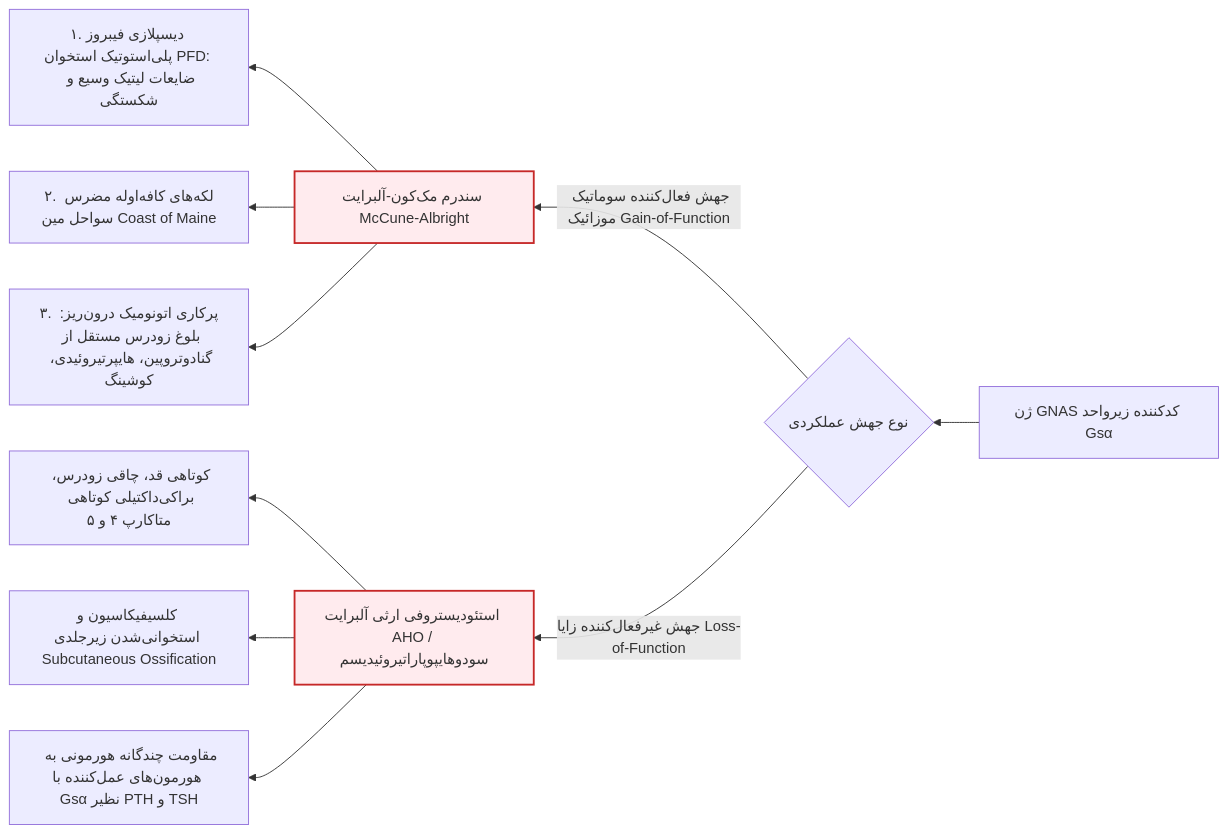
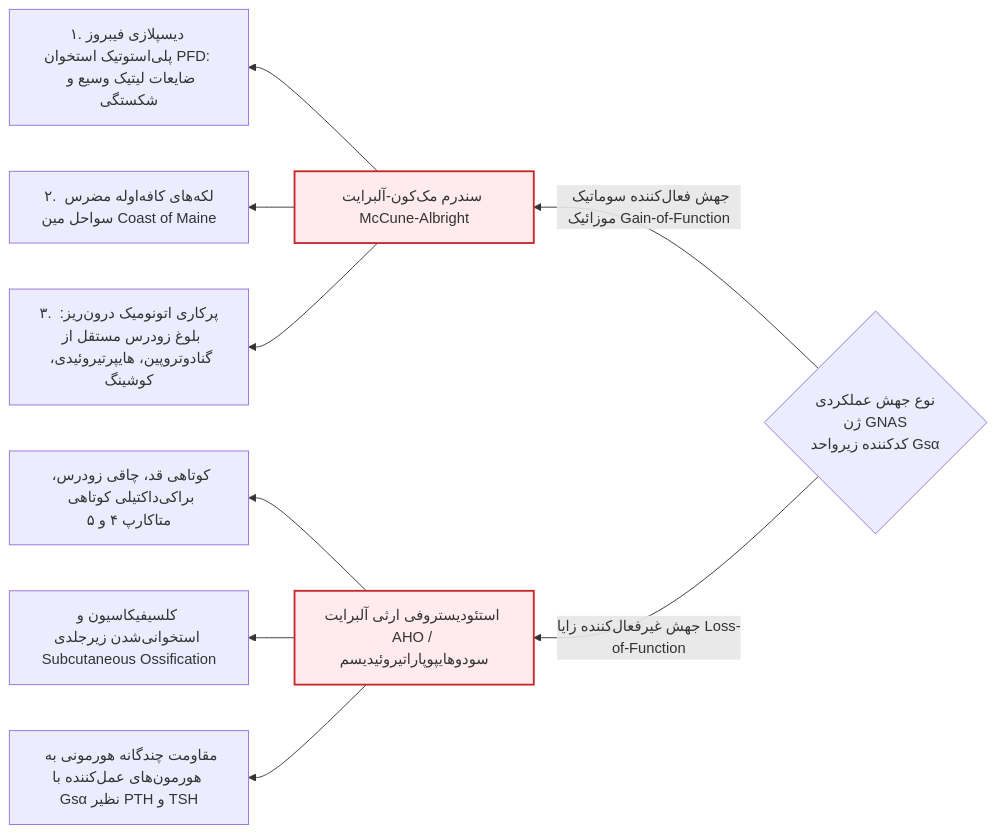
One commit to neopulse-hub/TUMS-1402-1-neo changed the fifth of 8 diagrams in 07/مبانی غدد/کلیات.md. Above: the diagram before and after it, drawn with Mermaid. The commit also changed other lines of this file, not shown here.

````diff
--- a/07/مبانی غدد/کلیات.md
+++ b/07/مبانی غدد/کلیات.md
@@ -186,17 +186,17 @@
 ```mermaid
 flowchart RL
     classDef mut fill:#ffebee,stroke:#c62828,stroke-width:2px;
 
-    GNAS_Gene[ژن GNAS کدکننده زیرواحد Gsα] --> MutType{نوع جهش عملکردی}
+    MutType{نوع جهش عملکردی<br>ژن GNAS<br>کدکننده زیرواحد Gsα}
 
     MutType -->|جهش فعال‌کننده سوماتیک موزائیک Gain-of-Function| MAS[سندرم مک‌کون-آلبرایت McCune-Albright]:::mut
     MutType -->|جهش غیرفعال‌کننده زایا Loss-of-Function| AHO[استئودیستروفی ارثی آلبرایت AHO / سودوهایپوپاراتیروئیدیسم]:::mut
 
     MAS --> MAS_Triad1[۱. دیسپلازی فیبروز پلی‌استوتیک استخوان PFD: ضایعات لیتیک وسیع و شکستگی]
     MAS --> MAS_Triad2[۲. لکه‌های کافه‌اوله مضرس سواحل مین Coast of Maine]
     MAS --> MAS_Triad3[۳. پرکاری اتونومیک درون‌ریز: بلوغ زودرس مستقل از گنادوتروپین، هایپرتیروئیدی، کوشینگ]
 
     AHO --> AHO_Sign1[کوتاهی قد، چاقی زودرس، براکی‌داکتیلی کوتاهی متاکارپ ۴ و ۵]
     AHO --> AHO_Sign2[کلسیفیکاسیون و استخوانی‌شدن زیرجلدی Subcutaneous Ossification]
     AHO --> AHO_Sign3[مقاومت چندگانه هورمونی به هورمون‌های عمل‌کننده با Gsα نظیر PTH و TSH]
 ```
````
